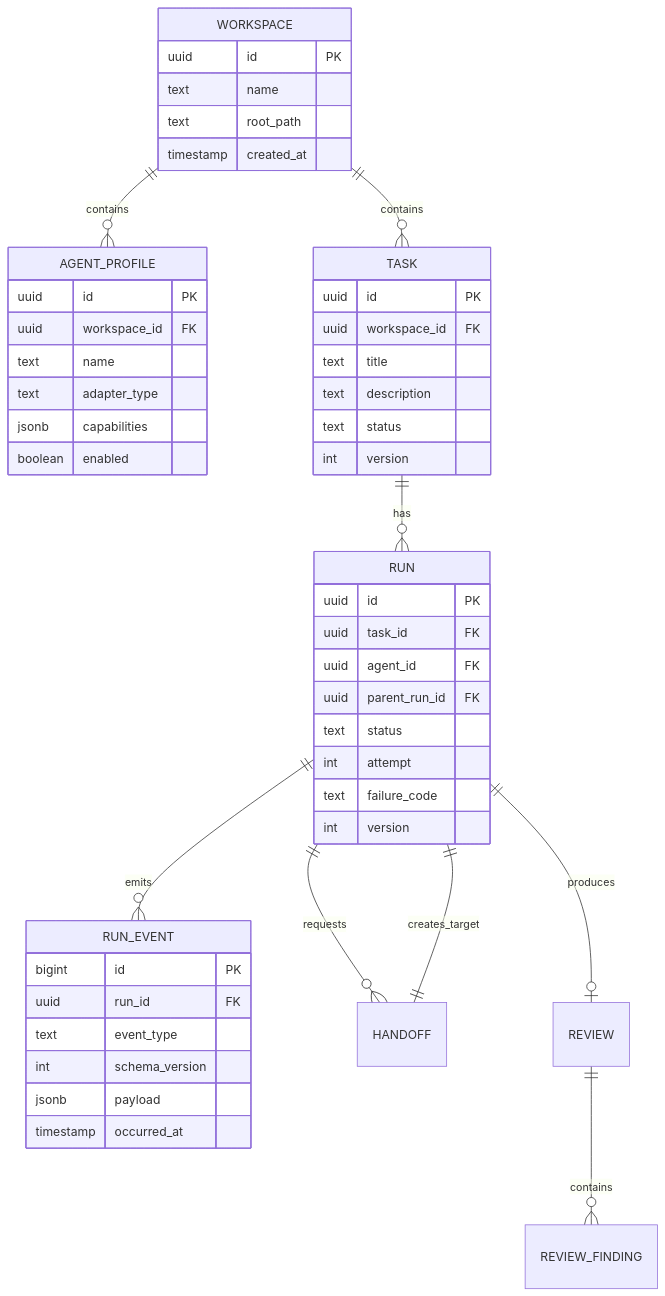
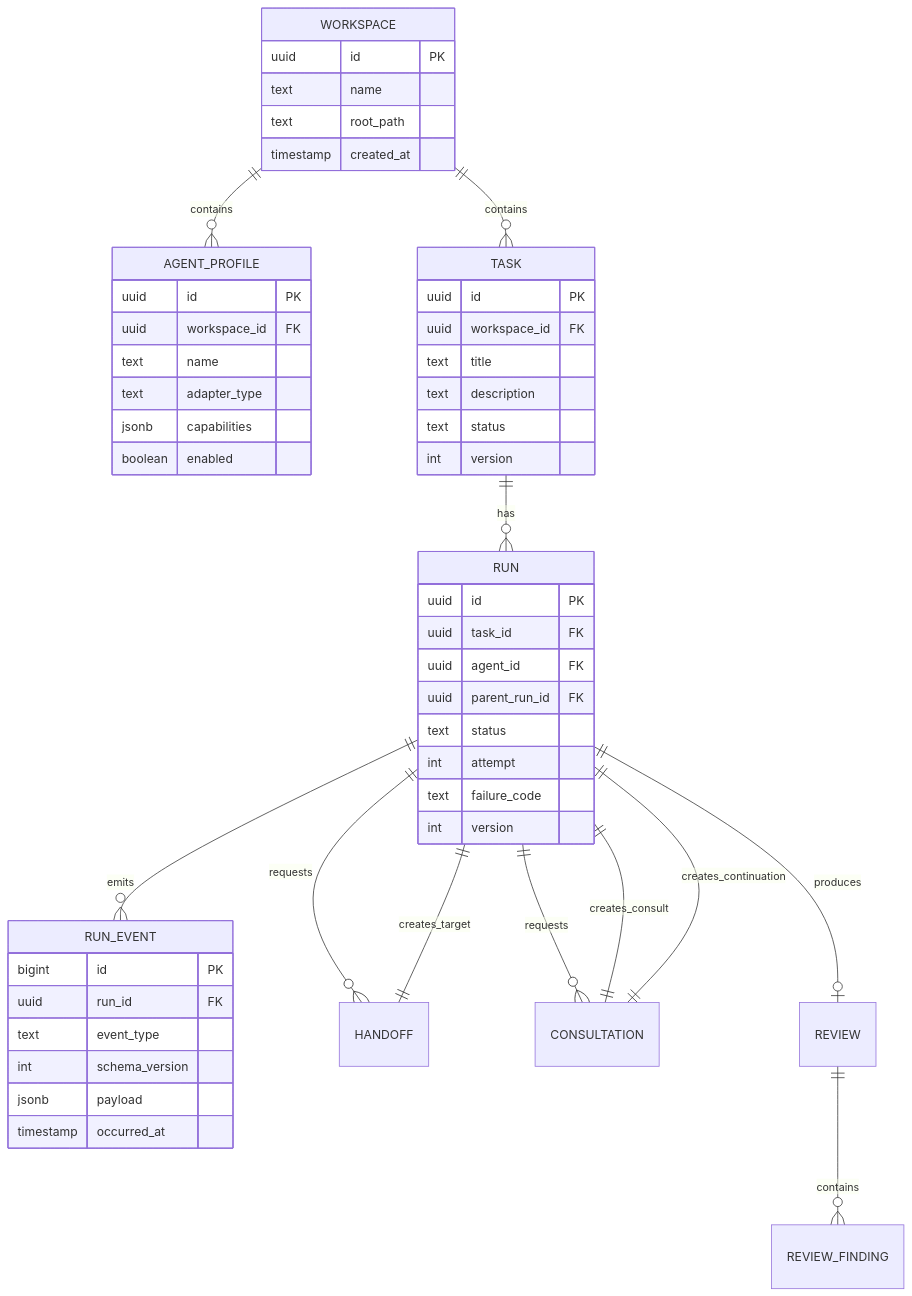
The diagram in docs/04-data-model-and-api.md (zishuo-xu/relay-hub), drawn with Mermaid before and after one commit. The commit also changed other lines of this file and 26 other files, not shown here.

````diff
--- a/docs/04-data-model-and-api.md
+++ b/docs/04-data-model-and-api.md
@@ -49,52 +49,55 @@
 ```mermaid
 erDiagram
     WORKSPACE ||--o{ AGENT_PROFILE : contains
     WORKSPACE ||--o{ TASK : contains
     TASK ||--o{ RUN : has
     RUN ||--o{ RUN_EVENT : emits
     RUN ||--o{ HANDOFF : requests
     HANDOFF ||--|| RUN : creates_target
+    RUN ||--o{ CONSULTATION : requests
+    CONSULTATION ||--|| RUN : creates_consult
+    CONSULTATION ||--|| RUN : creates_continuation
     RUN ||--o| REVIEW : produces
     REVIEW ||--o{ REVIEW_FINDING : contains
 
     WORKSPACE {
       uuid id PK
       text name
       text root_path
       timestamp created_at
     }
     AGENT_PROFILE {
       uuid id PK
       uuid workspace_id FK
       text name
       text adapter_type
       jsonb capabilities
       boolean enabled
     }
     TASK {
       uuid id PK
       uuid workspace_id FK
       text title
       text description
       text status
       int version
     }
     RUN {
       uuid id PK
       uuid task_id FK
       uuid agent_id FK
       uuid parent_run_id FK
       text status
       int attempt
       text failure_code
       int version
     }
     RUN_EVENT {
       bigint id PK
       uuid run_id FK
       text event_type
       int schema_version
       jsonb payload
       timestamp occurred_at
     }
 ```
````
